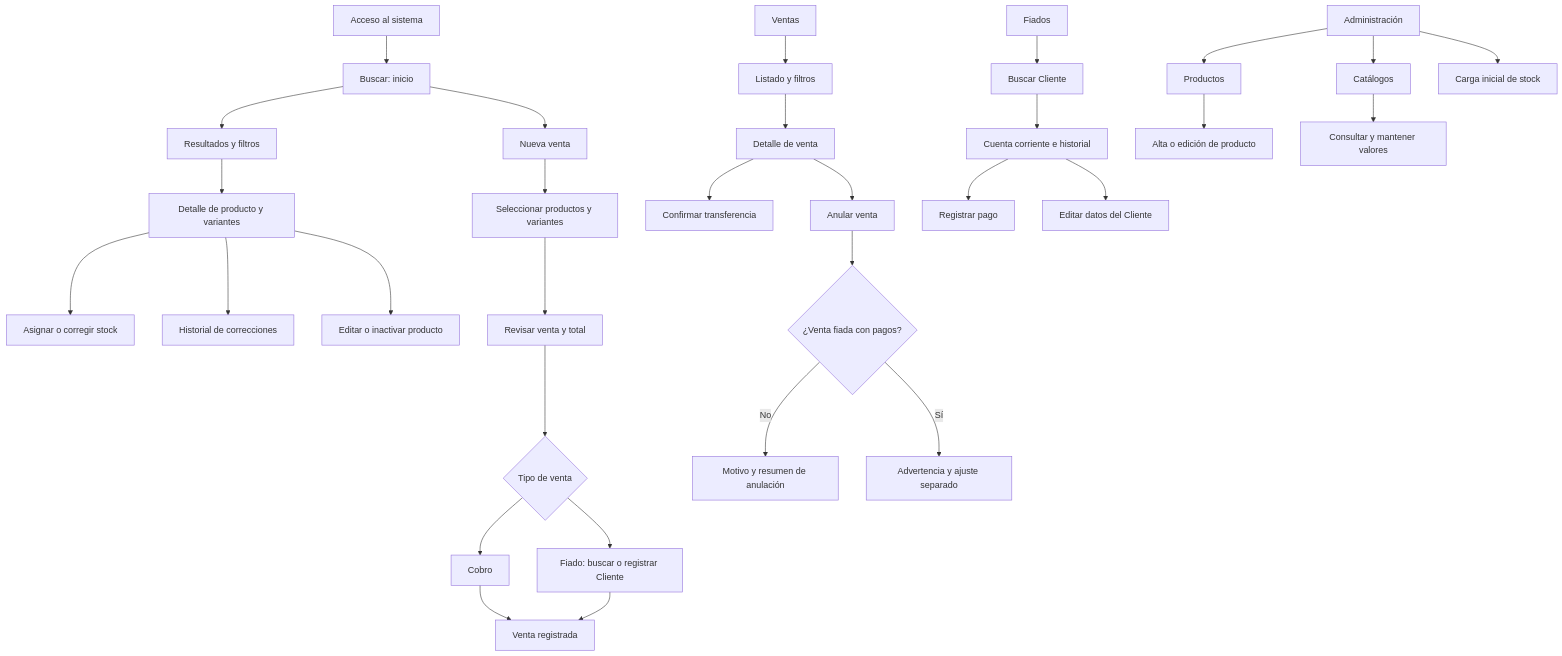
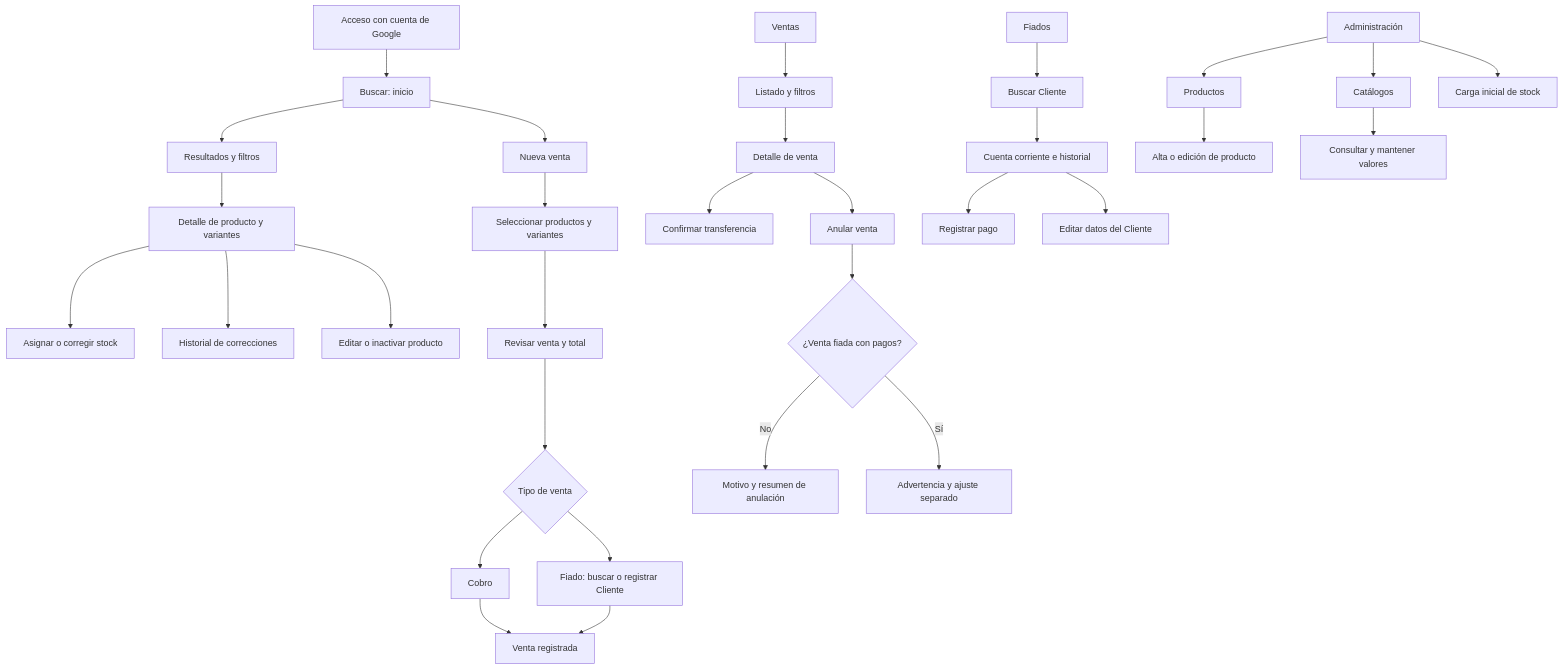
The diagram in docs/09-interfaz-usuario.md (benitezluciano/dulce-espera-sistema), drawn with Mermaid before and after one commit. The commit also changed other lines of this file and 6 other files, not shown here.

First line of the commit message:
docs: definir autenticación con cuenta de Google y limpiar archivos de plantilla

````diff
--- a/docs/09-interfaz-usuario.md
+++ b/docs/09-interfaz-usuario.md
@@ -55,33 +55,33 @@
 ```mermaid
 flowchart TD
-    A[Acceso al sistema] --> B[Buscar: inicio]
+    A[Acceso con cuenta de Google] --> B[Buscar: inicio]
     B --> C[Resultados y filtros]
     C --> D[Detalle de producto y variantes]
     D --> E[Asignar o corregir stock]
     D --> F[Historial de correcciones]
     D --> G[Editar o inactivar producto]
     B --> H[Nueva venta]
     H --> I[Seleccionar productos y variantes]
     I --> J[Revisar venta y total]
     J --> K{Tipo de venta}
     K --> L[Cobro]
     K --> M[Fiado: buscar o registrar Cliente]
     L --> N[Venta registrada]
     M --> N
     V[Ventas] --> W[Listado y filtros]
     W --> X[Detalle de venta]
     X --> Y[Confirmar transferencia]
     X --> Z[Anular venta]
     Z --> AA{¿Venta fiada con pagos?}
     AA -->|No| AB[Motivo y resumen de anulación]
     AA -->|Sí| AC[Advertencia y ajuste separado]
     AD[Fiados] --> AE[Buscar Cliente]
     AE --> AF[Cuenta corriente e historial]
     AF --> AG[Registrar pago]
     AF --> AH[Editar datos del Cliente]
     AI[Administración] --> AJ[Productos]
     AJ --> AK[Alta o edición de producto]
     AI --> AL[Catálogos]
     AL --> AM[Consultar y mantener valores]
     AI --> AN[Carga inicial de stock]
 ```
````
